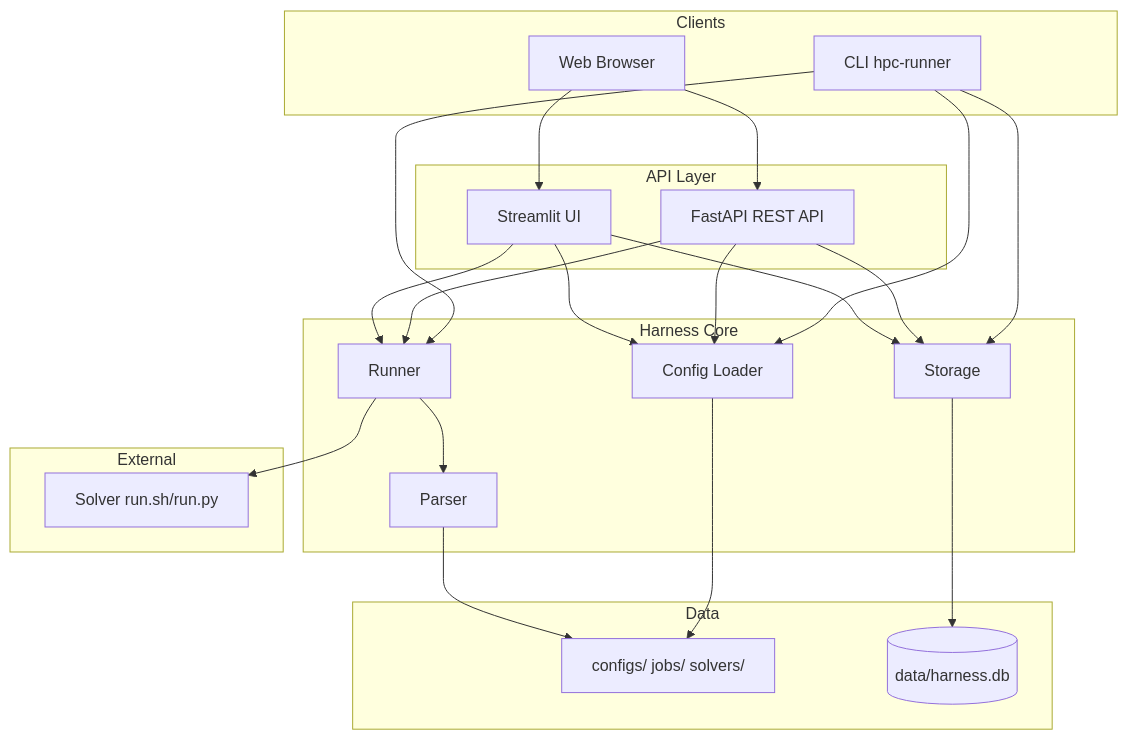
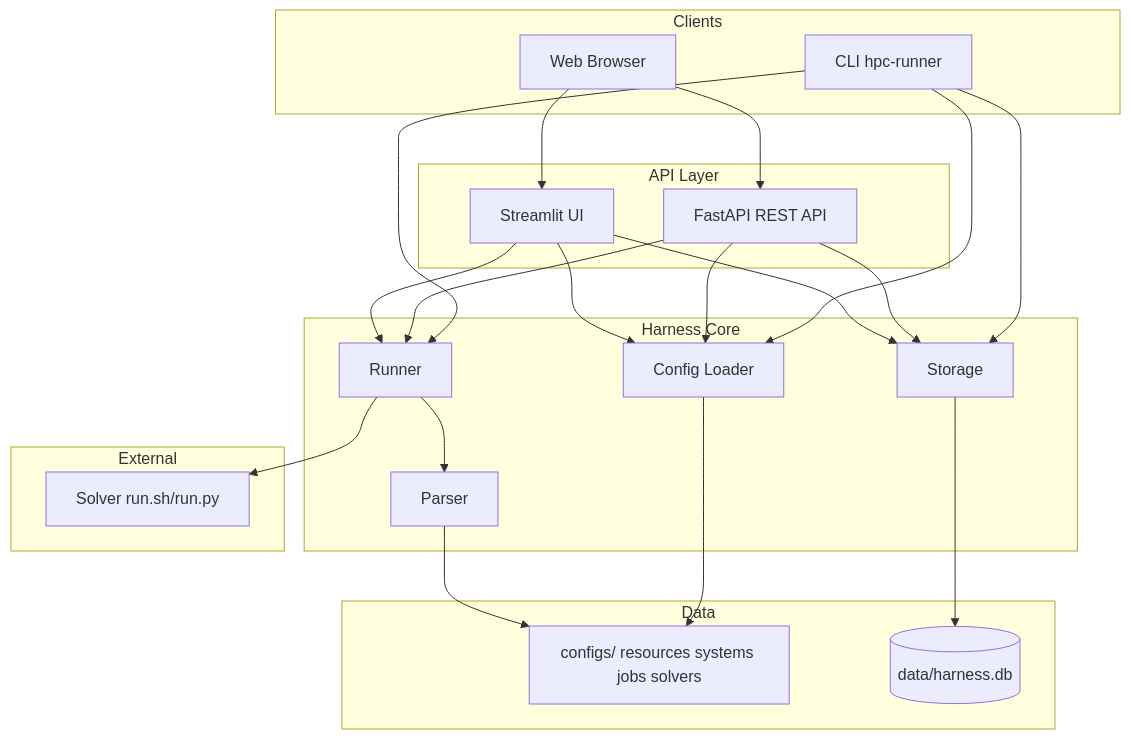
The first of 2 diagrams in docs/architecture.md (fractalclockwork/hpc-runner), drawn with Mermaid before and after one commit. The commit also changed other lines of this file and 31 other files, not shown here.

Commit message:
moved solvers in to configs directory, automated solver creation

````diff
--- a/docs/architecture.md
+++ b/docs/architecture.md
@@ -11,40 +11,40 @@
 ```mermaid
 flowchart TB
     subgraph clients [Clients]
         CLI[CLI hpc-runner]
         Browser[Web Browser]
     end
     subgraph api [API Layer]
         FastAPI[FastAPI REST API]
         Streamlit[Streamlit UI]
     end
     subgraph core [Harness Core]
         Config[Config Loader]
         Runner[Runner]
         Parser[Parser]
         Storage[Storage]
     end
     subgraph data [Data]
-        YAML[configs/ jobs/ solvers/]
+        YAML[configs/ resources systems jobs solvers]
         DB[(data/harness.db)]
     end
     subgraph external [External]
         SolverScript[Solver run.sh/run.py]
     end
     CLI --> Config
     CLI --> Runner
     CLI --> Storage
     Browser --> FastAPI
     Browser --> Streamlit
     FastAPI --> Config
     FastAPI --> Runner
     FastAPI --> Storage
     Streamlit --> Config
     Streamlit --> Runner
     Streamlit --> Storage
     Config --> YAML
     Runner --> Parser
     Runner --> SolverScript
     Parser --> YAML
     Storage --> DB
 ```
````
